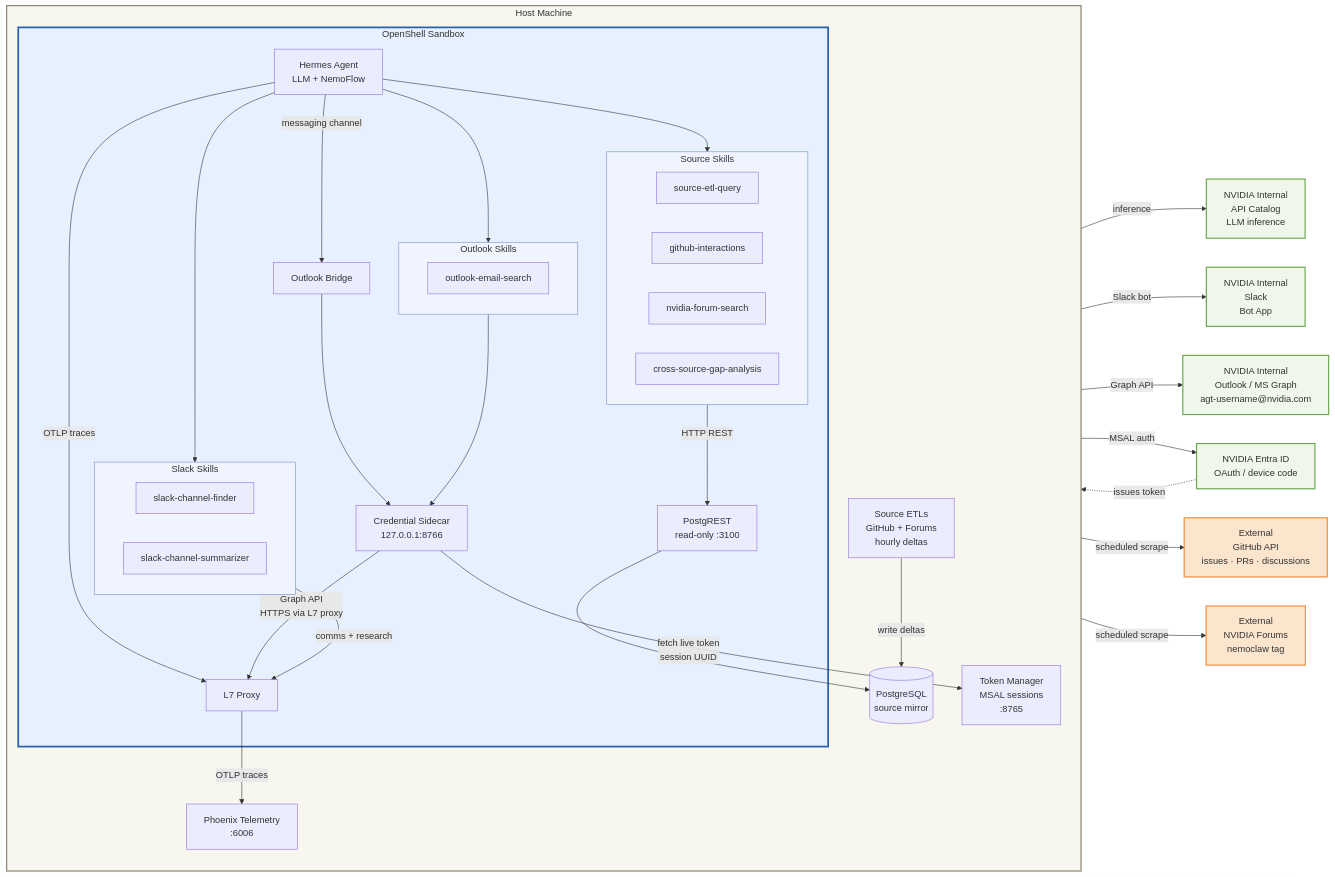
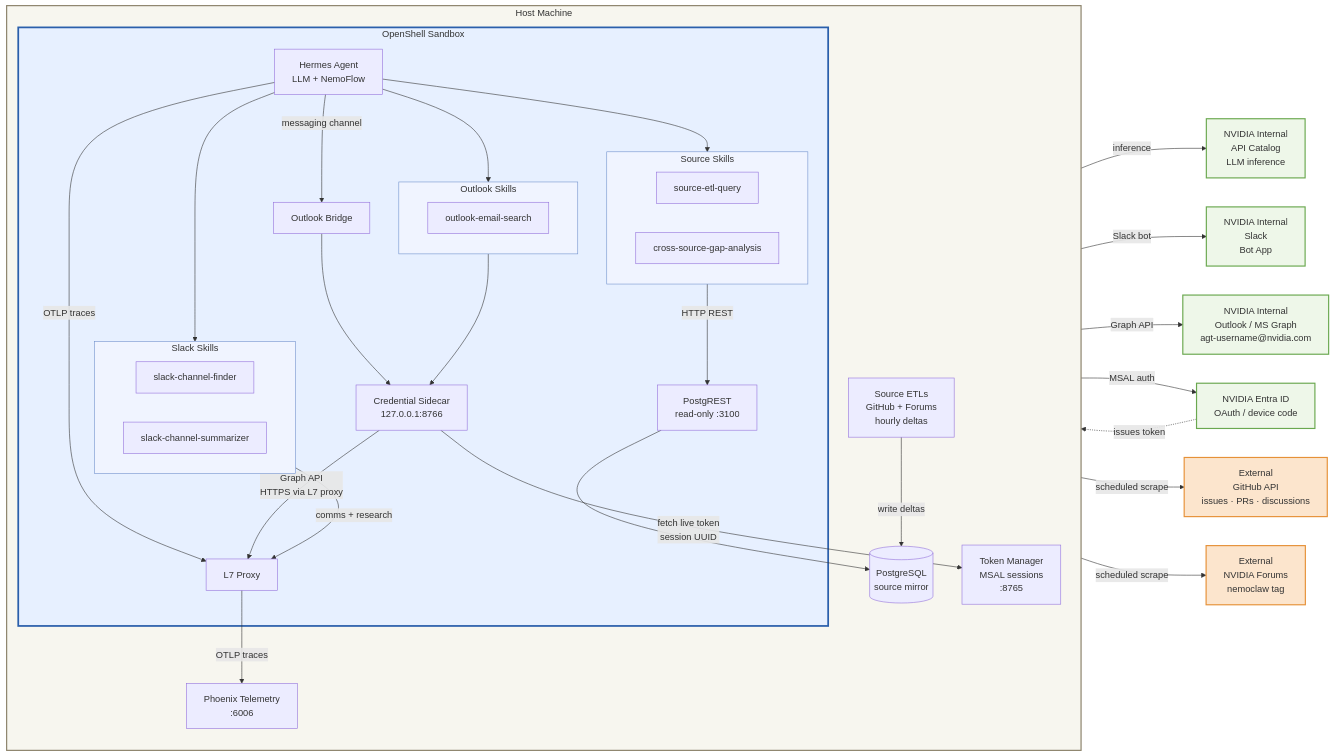
The diagram in NVIDIA-SETUP.md (mpenn/NemoClaw), drawn with Mermaid before and after one commit. The commit also changed other lines of this file and 5 other files, not shown here.

````diff
--- a/NVIDIA-SETUP.md
+++ b/NVIDIA-SETUP.md
@@ -27,81 +27,79 @@
 ```mermaid
 flowchart LR
       subgraph host["Host Machine"]
           direction TB
 
           subgraph sandbox["OpenShell Sandbox"]
               agent["Hermes Agent\nLLM + NemoFlow"]
               outlookBridge["Outlook Bridge"]
               credSidecar["Credential Sidecar\n127.0.0.1:8766"]
 
               subgraph sourceSkills["Source Skills"]
                   direction LR
                   s1["source-etl-query"]
-                  s2["github-interactions"]
-                  s3["nvidia-forum-search"]
                   s4["cross-source-gap-analysis"]
               end
 
               subgraph slackSkills["Slack Skills"]
                   direction LR
                   k1["slack-channel-finder"]
                   k2["slack-channel-summarizer"]
               end
 
               subgraph outlookSkills["Outlook Skills"]
                   direction LR
                   o1["outlook-email-search"]
               end
 
               agent --> sourceSkills
               agent --> slackSkills
               agent -->|"messaging channel"| outlookBridge
               agent --> outlookSkills
               agent -->|"OTLP traces"| proxy
               sourceSkills -->|"HTTP REST"| postgrest
               slackSkills -->|"comms + research"| proxy
               outlookSkills --> credSidecar
               outlookBridge --> credSidecar
           end
 
           proxy["L7 Proxy"]
           phoenix["Phoenix Telemetry\n:6006"]
           postgrest["PostgREST\nread-only :3100"]
           postgres[("PostgreSQL\nsource mirror")]
           etls["Source ETLs\nGitHub + Forums\nhourly deltas"]
           tokenManager["Token Manager\nMSAL sessions\n:8765"]
 
           proxy -->|"OTLP traces"| phoenix
           postgrest --> postgres
           etls -->|"write deltas"| postgres
           credSidecar -->|"fetch live token\nsession UUID"| tokenManager
           credSidecar -->|"Graph API\nHTTPS via L7 proxy"| proxy
       end
 
       nvidia["NVIDIA Internal\nAPI Catalog\nLLM inference"]
       slack["NVIDIA Internal\nSlack\nBot App"]
       outlook["NVIDIA Internal\nOutlook / MS Graph\nagt-username@nvidia.com"]
       entra["NVIDIA Entra ID\nOAuth / device code"]
       github["External\nGitHub API\nissues · PRs · discussions"]
       forums["External\nNVIDIA Forums\nnemoclaw tag"]
 
       agent -->|"inference"| nvidia
       proxy -->|"Slack bot"| slack
       proxy -->|"Graph API"| outlook
       tokenManager -->|"MSAL auth"| entra
       entra -.->|"issues token"| tokenManager
       etls -->|"scheduled scrape"| github
       etls -->|"scheduled scrape"| forums
 
       style host fill:#f7f6ef,stroke:#8a8068,stroke-width:2px
       style sandbox fill:#e7f0ff,stroke:#2b5fab,stroke-width:3px
       style sourceSkills fill:#f0f4ff,stroke:#7090cc,stroke-width:1px
       style slackSkills fill:#f0f4ff,stroke:#7090cc,stroke-width:1px
       style outlookSkills fill:#f0f4ff,stroke:#7090cc,stroke-width:1px
 
       classDef internal fill:#eef7e9,stroke:#6aa84f,stroke-width:2px
       classDef external fill:#fce5cd,stroke:#e69138,stroke-width:2px
 
       class nvidia,slack,outlook,entra internal
       class github,forums external
 ```
````
